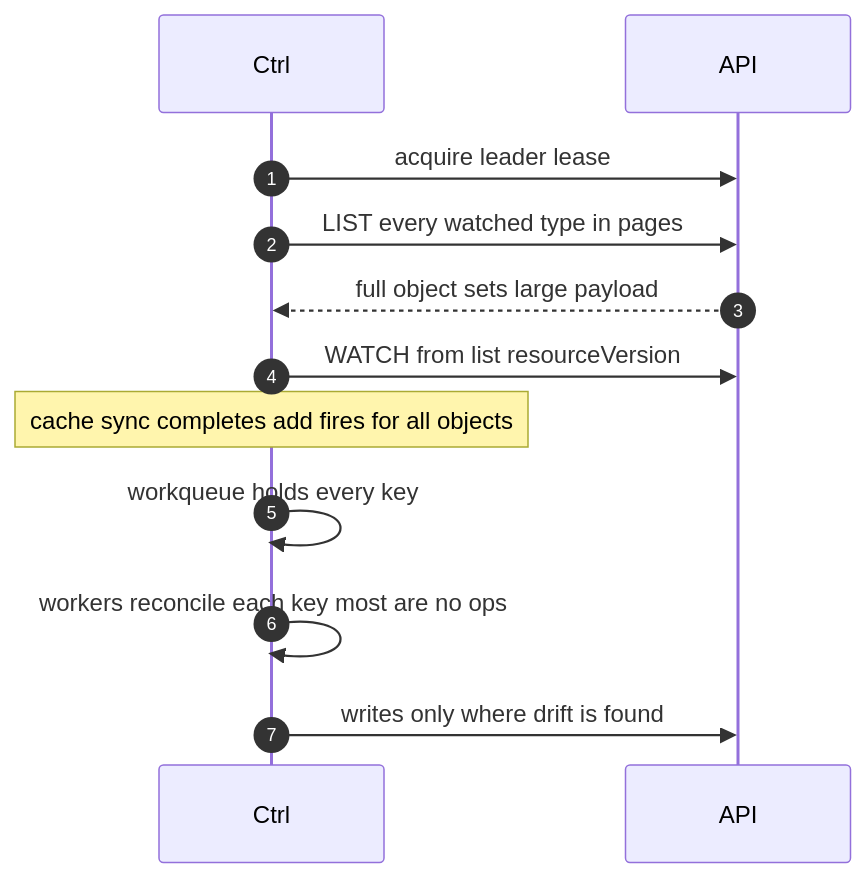
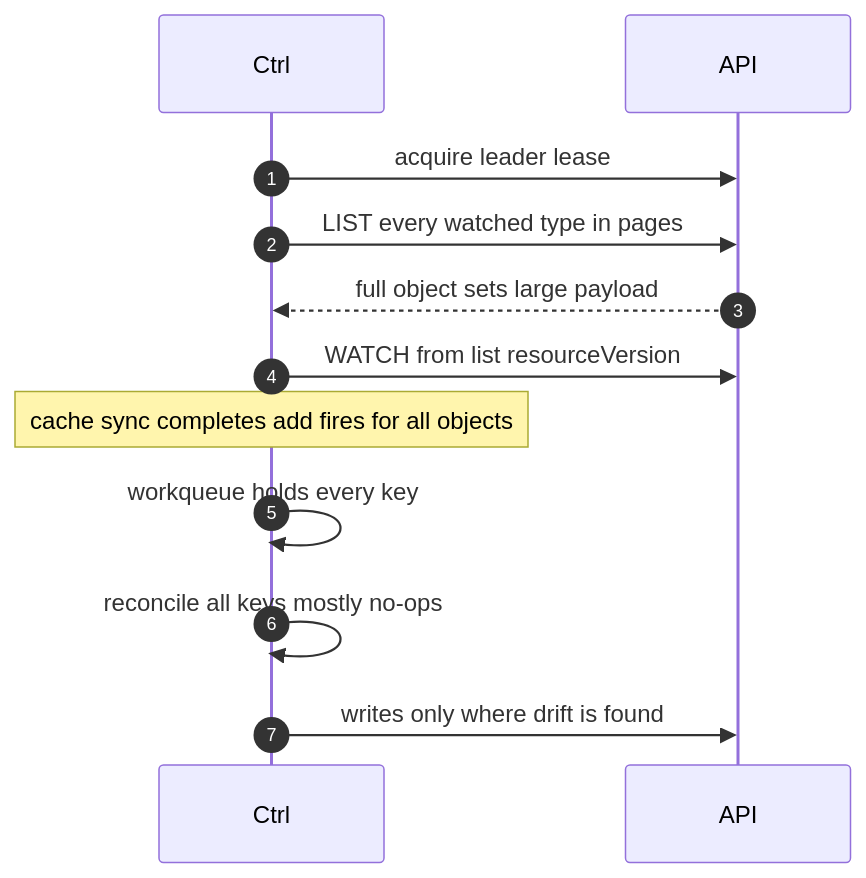
Before and after one commit to sanketsudake/k8s-worksheet: the fourth of 5 diagrams in chapters/ch06.md, drawn with Mermaid. The commit also changed other lines of this file and 11 other files, not shown here.

````diff
--- a/chapters/ch06.md
+++ b/chapters/ch06.md
@@ -160,14 +160,14 @@
 ```mermaid
 sequenceDiagram
   autonumber
   participant Ctrl
   participant API
   Ctrl->>API: acquire leader lease
   Ctrl->>API: LIST every watched type in pages
   API-->>Ctrl: full object sets large payload
   Ctrl->>API: WATCH from list resourceVersion
   Note over Ctrl: cache sync completes add fires for all objects
   Ctrl->>Ctrl: workqueue holds every key
-  Ctrl->>Ctrl: workers reconcile each key most are no ops
+  Ctrl->>Ctrl: reconcile all keys mostly no-ops
   Ctrl->>API: writes only where drift is found
 ```
````
